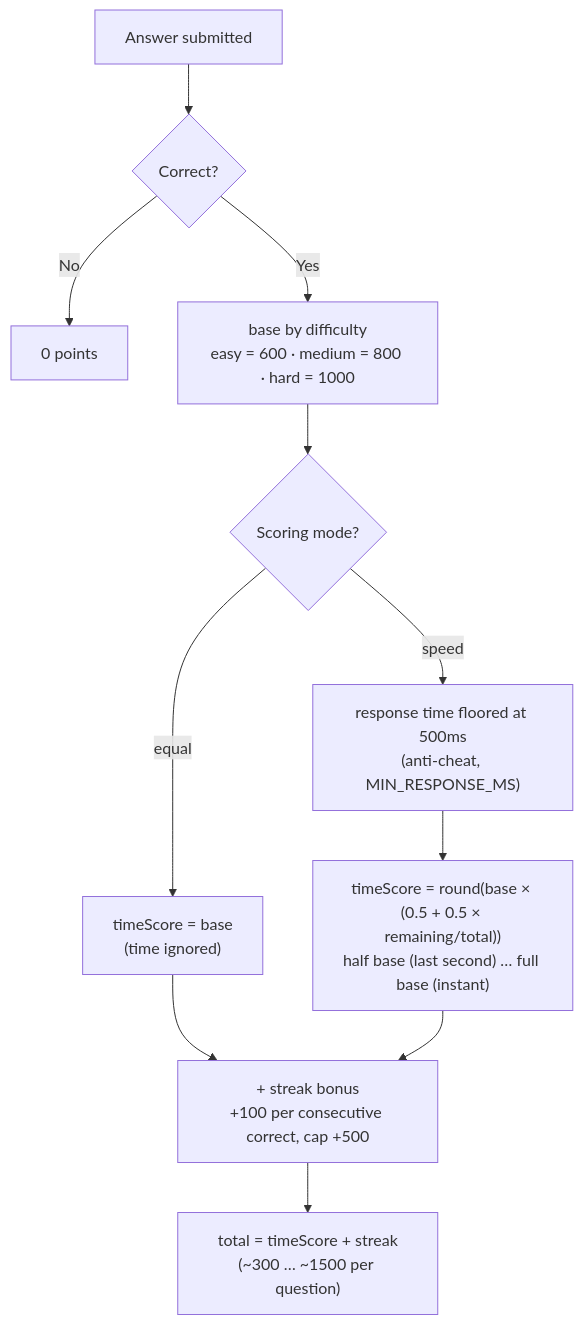
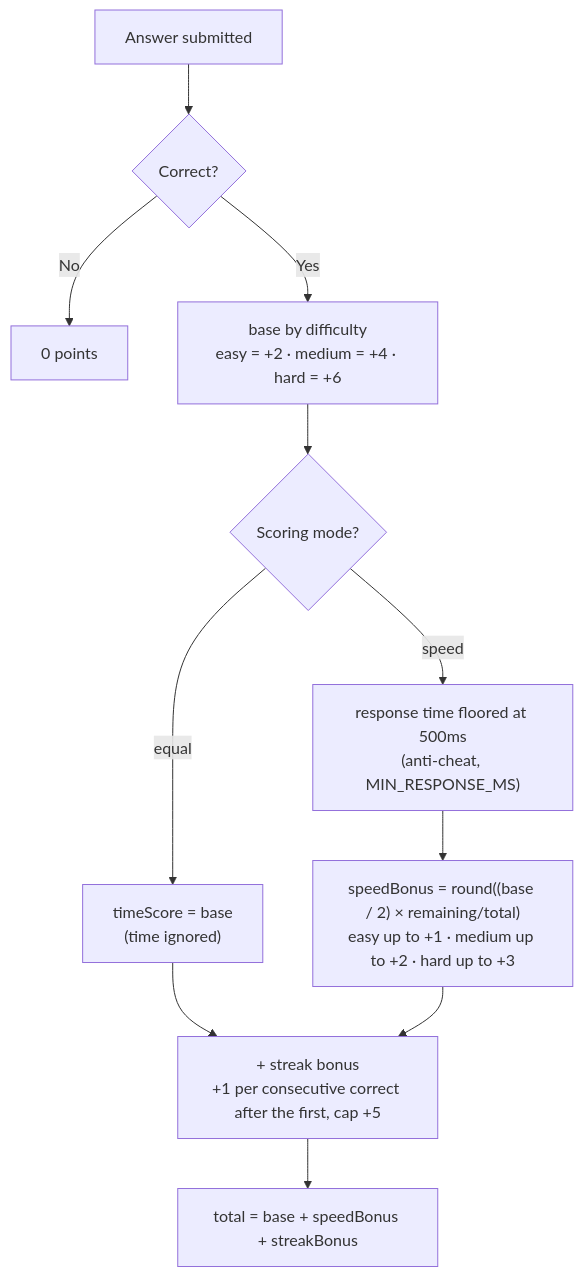
One commit to shiliaiwei/kesararam-with-digital changed the first of 3 diagrams in README.md. Above: the diagram before and after it, drawn with Mermaid. The commit also changed other lines of this file and 4 other files, not shown here.

````diff
--- a/README.md
+++ b/README.md
@@ -113,13 +113,13 @@
 ```mermaid
 flowchart TD
     A["Answer submitted"] --> B{"Correct?"}
     B -- "No" --> Z["0 points"]
-    B -- "Yes" --> C["base by difficulty<br/>easy = 600 · medium = 800 · hard = 1000"]
+    B -- "Yes" --> C["base by difficulty<br/>easy = +2 · medium = +4 · hard = +6"]
     C --> M{"Scoring mode?"}
     M -- "equal" --> EQ["timeScore = base<br/>(time ignored)"]
     M -- "speed" --> F["response time floored at 500ms<br/>(anti-cheat, MIN_RESPONSE_MS)"]
-    F --> T["timeScore = round(base × (0.5 + 0.5 × remaining/total))<br/>half base (last second) … full base (instant)"]
+    F --> T["speedBonus = round((base / 2) × remaining/total)<br/>easy up to +1 · medium up to +2 · hard up to +3"]
     EQ --> G
-    T --> G["+ streak bonus<br/>+100 per consecutive correct, cap +500"]
-    G --> H["total = timeScore + streak<br/>(~300 … ~1500 per question)"]
+    T --> G["+ streak bonus<br/>+1 per consecutive correct after the first, cap +5"]
+    G --> H["total = base + speedBonus + streakBonus"]
 ```
````
